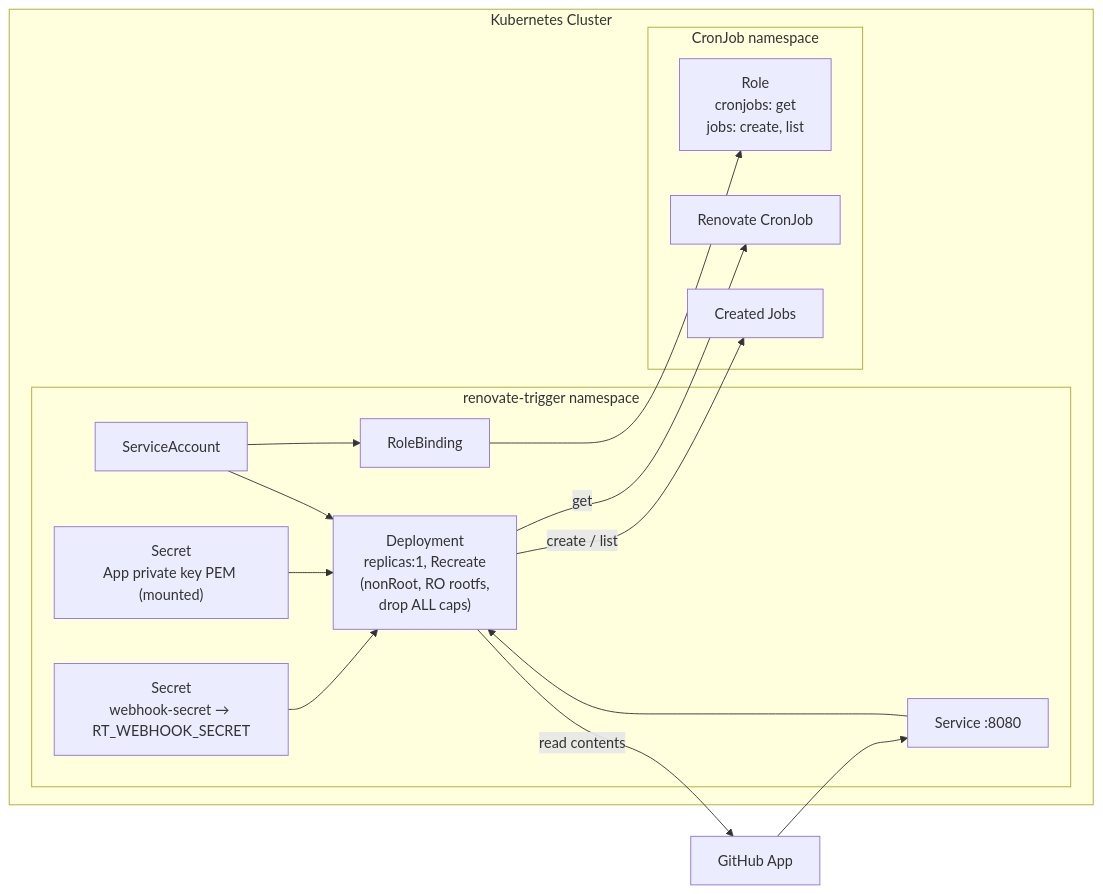
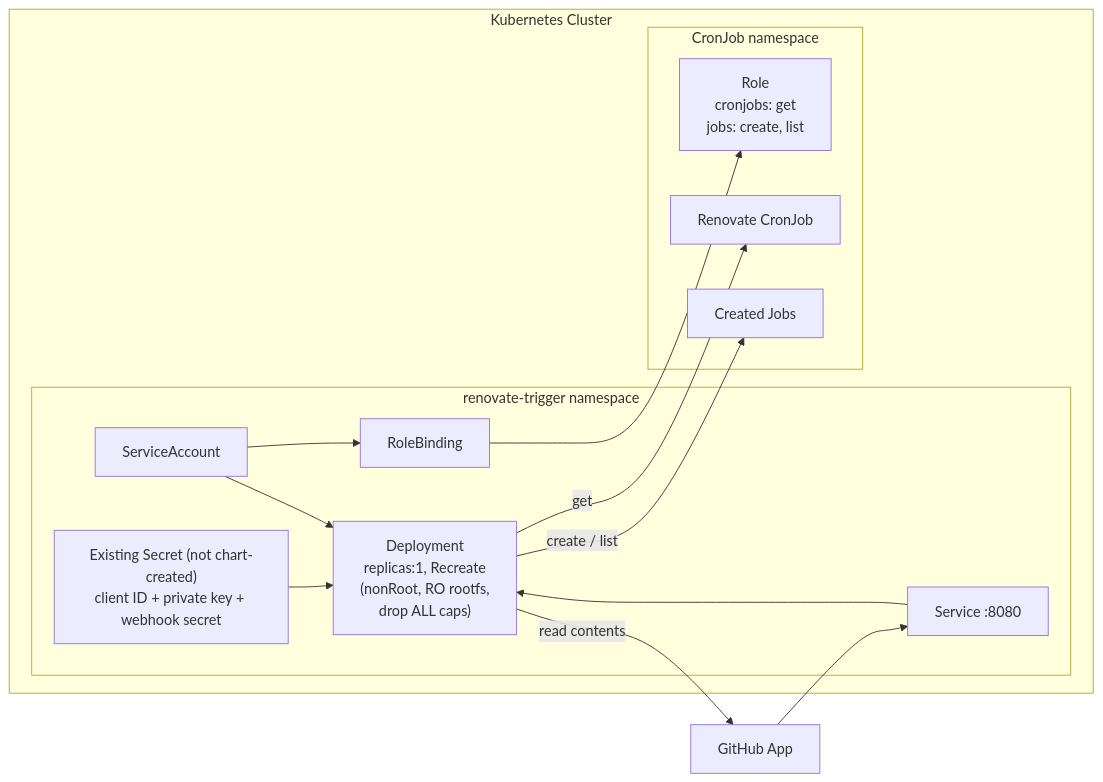
The ninth of 9 diagrams in WORKFLOWS.md (caseycs/renovate-trigger), drawn with Mermaid before and after one commit. The commit also changed other lines of this file and 11 other files, not shown here.

First line of the commit message:
feat(chart): existing-Secret credentials, optional Ingress/IngressRoute, values-file install (#12)

````diff
--- a/WORKFLOWS.md
+++ b/WORKFLOWS.md
@@ -266,26 +267,24 @@
 ```mermaid
 flowchart LR
     subgraph cluster[Kubernetes Cluster]
         subgraph nsapp[renovate-trigger namespace]
             DEP["Deployment<br/>replicas:1, Recreate<br/>(nonRoot, RO rootfs,<br/>drop ALL caps)"]
             SVC[Service :8080]
             SA[ServiceAccount]
-            SEC1["Secret<br/>webhook-secret → RT_WEBHOOK_SECRET"]
-            SEC2["Secret<br/>App private key PEM (mounted)"]
+            SEC["Existing Secret (not chart-created)<br/>client ID + private key + webhook secret"]
             RB[RoleBinding]
         end
         subgraph nscron[CronJob namespace]
             ROLE["Role<br/>cronjobs: get<br/>jobs: create, list"]
             CRON[Renovate CronJob]
             NEWJOB[Created Jobs]
         end
     end
     GHAPP[GitHub App] --> SVC --> DEP
-    SEC1 --> DEP
-    SEC2 --> DEP
+    SEC --> DEP
     DEP -- "read contents" --> GHAPP
     SA --> DEP
     SA --> RB --> ROLE
     DEP -- "get" --> CRON
     DEP -- "create / list" --> NEWJOB
 ```
````
